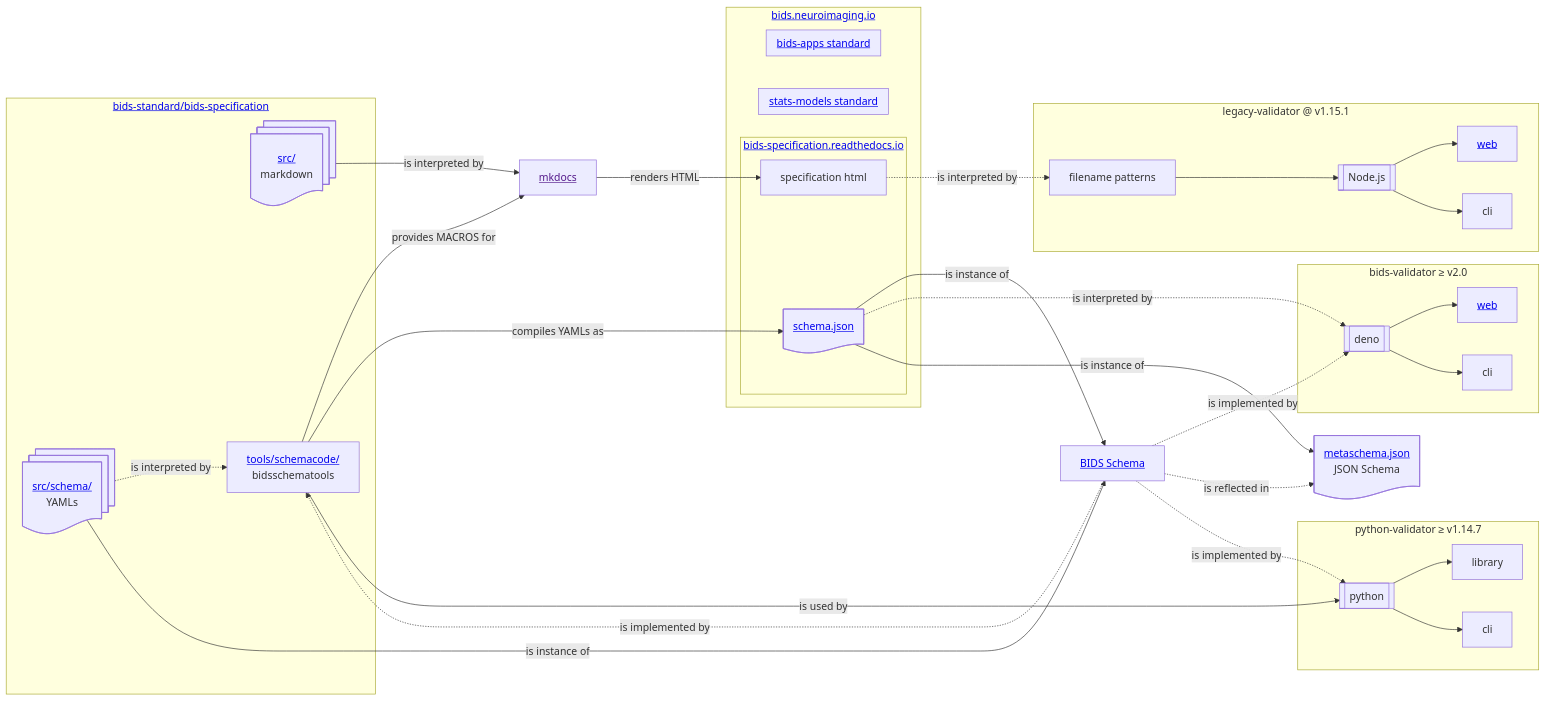
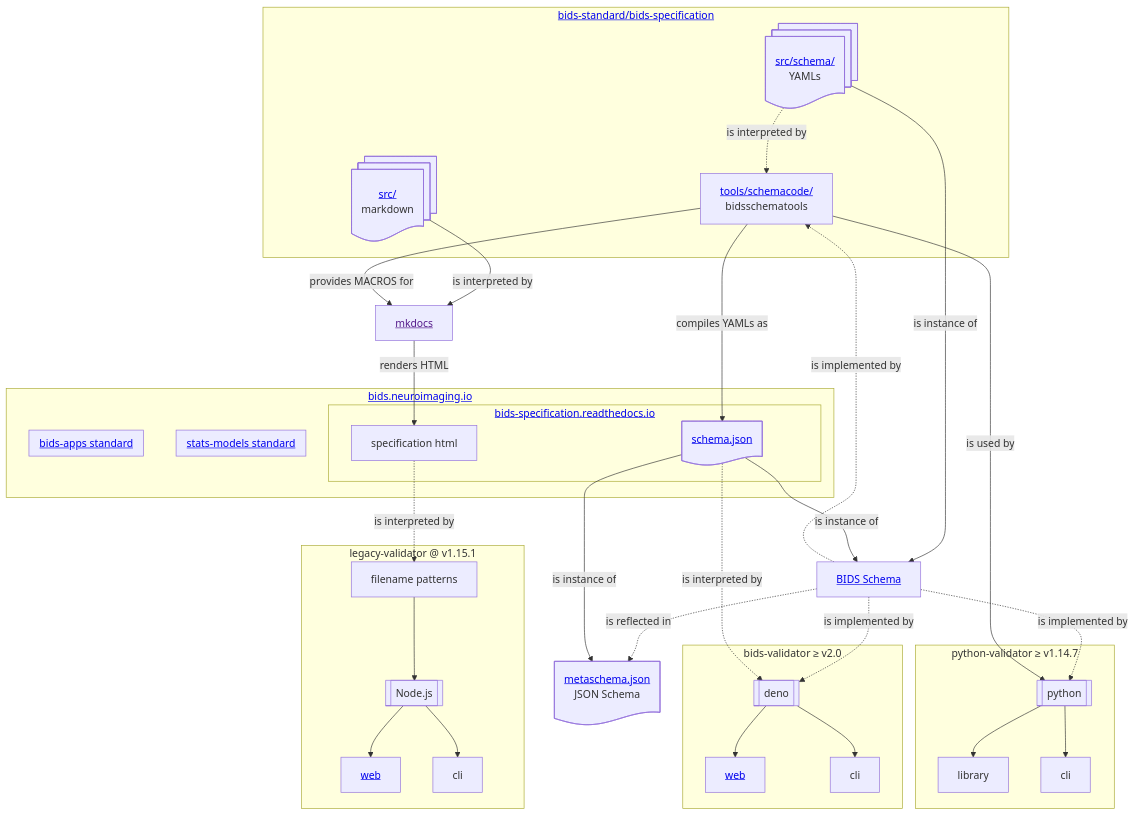
One commit to bids-standard/bids-website changed the diagram in docs/standards/index.md. Above: the diagram before and after it, drawn with Mermaid.

Commit message:
style: use top-to-bottom orientation and hierarchical layout
This adjustment will allow items in the
mermaid diagram to appear bigger in the
webpage because the page is more limited
in the horizontal dimension. Additionally,
the syntax of the mermaid diagram has been
updated to the latest syntax,
e.g. `flowchart` instead of `graph`.
The intents of the lines in the diagram
are those recommended/defaulted by the
mermaid live editor at
https://www.mermaidchart.com

````diff
--- a/docs/standards/index.md
+++ b/docs/standards/index.md
@@ -18,62 +18,68 @@
 ```mermaid
-graph LR;
-    subgraph bids-specification-repo["<a href=https://github.com/bids-standard/bids-specification>bids-standard/bids-specification</a>"];
-        markdown
-        schema -.is interpreted by.-> bidsschematools
-    end
-
-    markdown --is interpreted by--> mkdocs
-    bidsschematools --provides MACROS for--> mkdocs
-    mkdocs --renders HTML--> specification
-
-    schema --is instance of-->bids-schema
-    bids-schema -.is implemented by.->deno & bidsschematools
-    bids-schema -.is reflected in.-> metaschema.json
-    schema.json --is instance of-->bids-schema
-
-    subgraph bids.neuroimaging.io["<a href=https://bids.neuroimaging.io>bids.neuroimaging.io</a>"]
-        subgraph bids-specification-website["<a href=https://bids-specification.readthedocs.io>bids-specification.readthedocs.io</a>"];
-            specification
-            bidsschematools --compiles YAMLs as--> schema.json
-        end
-        subgraph stats-models["<a href=https://bids-standard.github.io/stats-models/>stats-models standard</a>"]
-        end
-        subgraph bids-apps["<a href=https://bids-standard.github.io/execution-spec/>bids-apps standard</a>"]
-        end
-    end
-
-    subgraph "legacy-validator @ v1.15.1";
-        regex["filename patterns"] --> Node.js
-        Node.js --> web1["<a href=https://bids-standard.github.io/legacy-validator/>web</a>"]
-        Node.js --> cli1[cli]
-    end
-    subgraph "bids-validator ≥ v2.0";
-        deno --> web["<a href=https://bids-standard.github.io/bids-validator/>web</a>"]
-        deno --> cli
-    end
-    subgraph "python-validator ≥ v1.14.7";
-        python
-        python --> library
-        python --> cli3[cli]
-    end
-
-    bids-schema -.is implemented by.->python
-
+---
+config:
+  layout: dagre
+---
+flowchart TB
+ subgraph bids-specification-repo["<a href=https://github.com/bids-standard/bids-specification>bids-standard/bids-specification</a>"]
+        markdown@{ label: "<a href='https://github.com/bids-standard/bids-specification/tree/v1.10.0/src'>src/</a><br>markdown" }
+        bidsschematools@{ label: "<a href='https://github.com/bids-standard/bids-specification/tree/v1.10.0/tools/schemacode'>tools/schemacode/</a><br/>bidsschematools" }
+        schema@{ label: "<a href='https://github.com/bids-standard/bids-specification/tree/v1.10.0/src/schema'>src/schema/</a><br>YAMLs" }
+  end
+ subgraph s2["<a href=https://bids-specification.readthedocs.io>bids-specification.readthedocs.io</a>"]
+        specification["specification html"]
+        schema.json@{ label: "<a href='https://bids-specification.readthedocs.io/en/v1.10.0/schema.json'>schema.json</a>" }
+  end
+ subgraph s3["<a href=https://bids-standard.github.io/stats-models/>stats-models standard</a>"]
+  end
+ subgraph s4["<a href=https://bids-standard.github.io/execution-spec/>bids-apps standard</a>"]
+  end
+ subgraph s5["<a href=https://bids.neuroimaging.io>bids.neuroimaging.io</a>"]
+        s2
+        s3
+        s4
+  end
+ subgraph subGraph5["legacy-validator @ v1.15.1"]
+        Node.js["Node.js"]
+        regex["filename patterns"]
+        web1@{ label: "<a href=\"https://bids-standard.github.io/legacy-validator/\">web</a>" }
+        cli1["cli"]
+  end
+ subgraph subGraph6["bids-validator ≥ v2.0"]
+        web@{ label: "<a href=\"https://bids-standard.github.io/bids-validator/\">web</a>" }
+        deno["deno"]
+        cli["cli"]
+  end
+ subgraph subGraph7["python-validator ≥ v1.14.7"]
+        python["python"]
+        library["library"]
+        cli3["cli"]
+  end
+    schema -. is interpreted by .-> bidsschematools
+    markdown -- is interpreted by --> mkdocs@{ label: "<a href=''>mkdocs</a>" }
+    bidsschematools -- provides MACROS for --> mkdocs
+    mkdocs -- renders HTML --> specification
+    schema -- is instance of --> bids-schema["<a href=https://bids-website.readthedocs.io/en/latest/standards/schema/index.html>BIDS Schema</a>"]
+    bids-schema -. is implemented by .-> deno & bidsschematools & python
+    bids-schema -. is reflected in .-> metaschema.json@{ label: "<a href='https://github.com/bids-standard/bids-specification/blob/master/src/metaschema.json'>metaschema.json</a><br/>JSON Schema" }
+    schema.json -- is instance of --> bids-schema & metaschema.json
+    bidsschematools -- compiles YAMLs as --> schema.json
+    regex --> Node.js
+    Node.js --> web1 & cli1
+    deno --> web & cli
+    python --> library & cli3
     specification -. is interpreted by .-> regex
-    schema.json -.is interpreted by.-> deno
-    schema.json --is instance of-->metaschema.json
-    bidsschematools --is used by--> python
-
-    markdown@{label: "<a href="https://github.com/bids-standard/bids-specification/tree/v1.10.0/src">src/</a><br>markdown", shape: docs}
-    schema@{label: "<a href="https://github.com/bids-standard/bids-specification/tree/v1.10.0/src/schema">src/schema/</a><br>YAMLs", shape: docs}
-    mkdocs@{label: "<a href="">mkdocs</a>", shape: proc}
-    bidsschematools@{label: "<a href="https://github.com/bids-standard/bids-specification/tree/v1.10.0/tools/schemacode">tools/schemacode/</a><br/>bidsschematools", shape: proc}
-    schema.json@{label: "<a href="https://bids-specification.readthedocs.io/en/v1.10.0/schema.json">schema.json</a>", shape: doc}
-    metaschema.json@{label: "<a href="https://github.com/bids-standard/bids-specification/blob/master/src/metaschema.json">metaschema.json</a><br/>JSON Schema", shape: doc}
-    bids-specification-repo@{label: "<a href='xxx'>bids-specification@github</a>"}
-    specification@{label: specification html}
-    bids-schema@{label: "<a href=https://bids-website.readthedocs.io/en/latest/standards/schema/index.html>BIDS Schema</a>"}
-    Node.js@{shape: subproc}
-    python@{shape: subproc}
-    deno@{shape: subproc}
+    schema.json -. is interpreted by .-> deno
+    bidsschematools -- is used by --> python
+    markdown@{ shape: docs}
+    schema@{ shape: docs}
+    bidsschematools@{ shape: proc}
+    mkdocs@{ shape: proc}
+    deno@{ shape: subproc}
+    metaschema.json@{ shape: doc}
+    schema.json@{ shape: doc}
+    Node.js@{ shape: subproc}
+    web1@{ shape: rect}
+    web@{ shape: rect}
+    python@{ shape: subproc}
 ```
````
